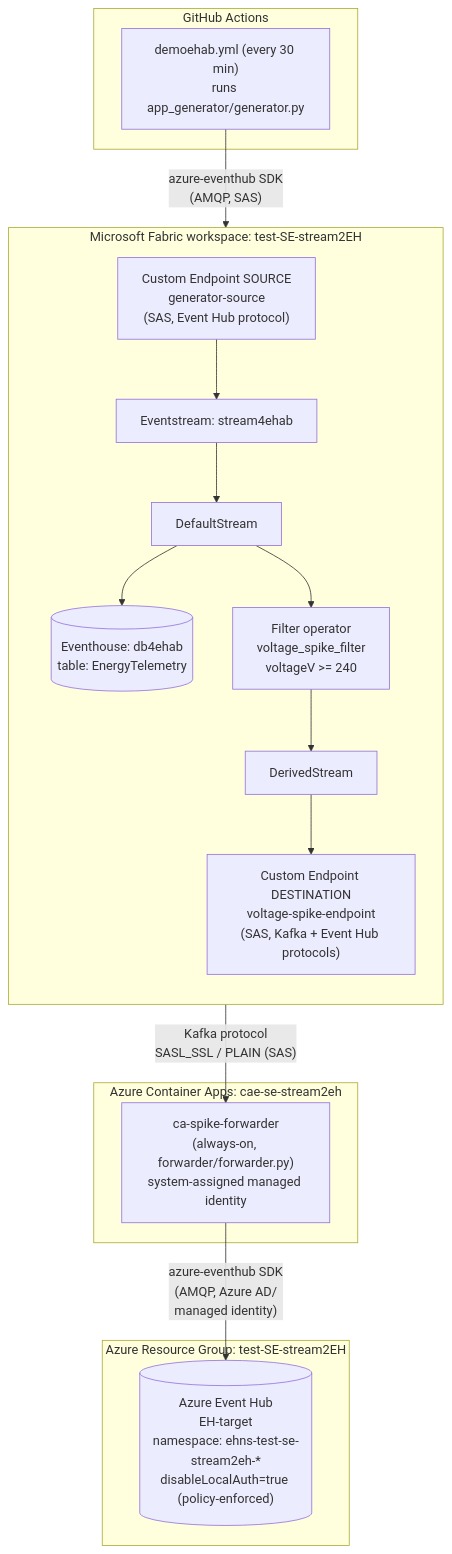
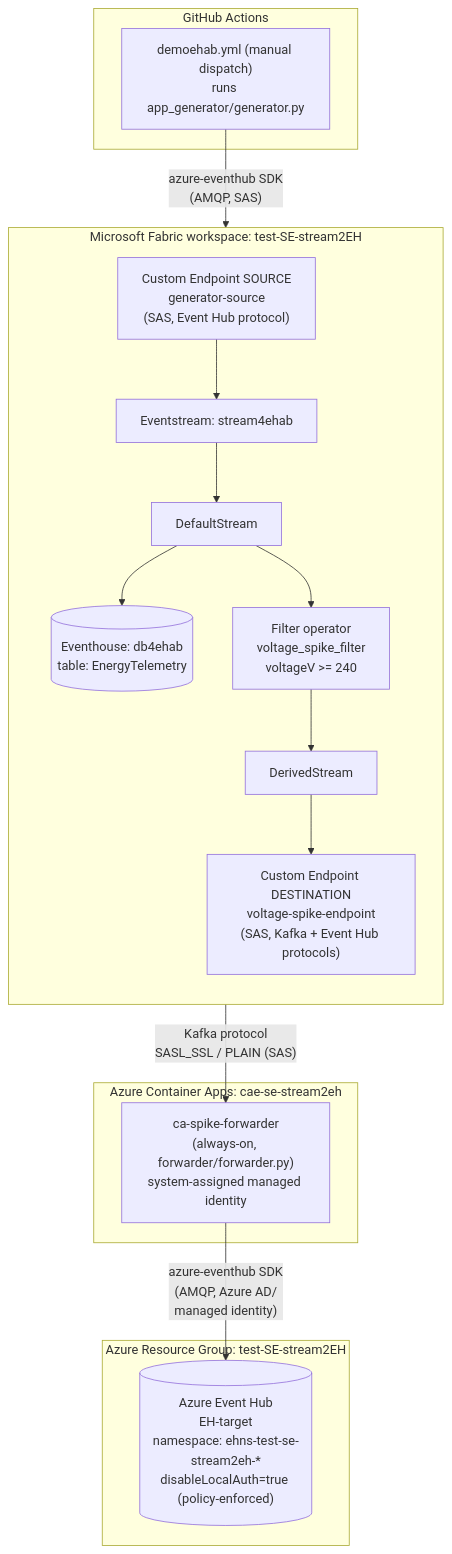
Before and after one commit to stpapaix/test-SE-stream2EH: the diagram in README.md, drawn with Mermaid. The commit also changed other lines of this file and 1 other file, not shown here.

Commit message:
demoehab: manual dispatch only (remove 30-min cron); README: add industrial use-case + technical-challenge + latency-measurement chapters, remove two-protocols chapter

````diff
--- a/README.md
+++ b/README.md
@@ -17,33 +63,33 @@
 ```mermaid
 flowchart TB
     subgraph GH["GitHub Actions"]
-        GEN["demoehab.yml (every 30 min)<br/>runs app_generator/generator.py"]
+        GEN["demoehab.yml (manual dispatch)<br/>runs app_generator/generator.py"]
     end
 
     subgraph FAB["Microsoft Fabric workspace: test-SE-stream2EH"]
         direction TB
         SRC["Custom Endpoint SOURCE<br/>generator-source<br/>(SAS, Event Hub protocol)"]
         ES["Eventstream: stream4ehab"]
         STREAM["DefaultStream"]
         FILTER["Filter operator<br/>voltage_spike_filter<br/>voltageV &gt;= 240"]
         DSTREAM["DerivedStream"]
         EH_HOUSE[("Eventhouse: db4ehab<br/>table: EnergyTelemetry")]
         DEST["Custom Endpoint DESTINATION<br/>voltage-spike-endpoint<br/>(SAS, Kafka + Event Hub protocols)"]
 
         SRC --> ES --> STREAM
         STREAM --> EH_HOUSE
         STREAM --> FILTER --> DSTREAM --> DEST
     end
 
     subgraph ACA["Azure Container Apps: cae-se-stream2eh"]
         CA["ca-spike-forwarder<br/>(always-on, forwarder/forwarder.py)<br/>system-assigned managed identity"]
     end
 
     subgraph AZ["Azure Resource Group: test-SE-stream2EH"]
         EHT[("Azure Event Hub<br/>EH-target<br/>namespace: ehns-test-se-stream2eh-*<br/>disableLocalAuth=true (policy-enforced)")]
     end
 
     GEN -- "azure-eventhub SDK<br/>(AMQP, SAS)" --> SRC
     DEST -- "Kafka protocol<br/>SASL_SSL / PLAIN (SAS)" --> CA
     CA -- "azure-eventhub SDK<br/>(AMQP, Azure AD/<br/>managed identity)" --> EHT
 ```
````
